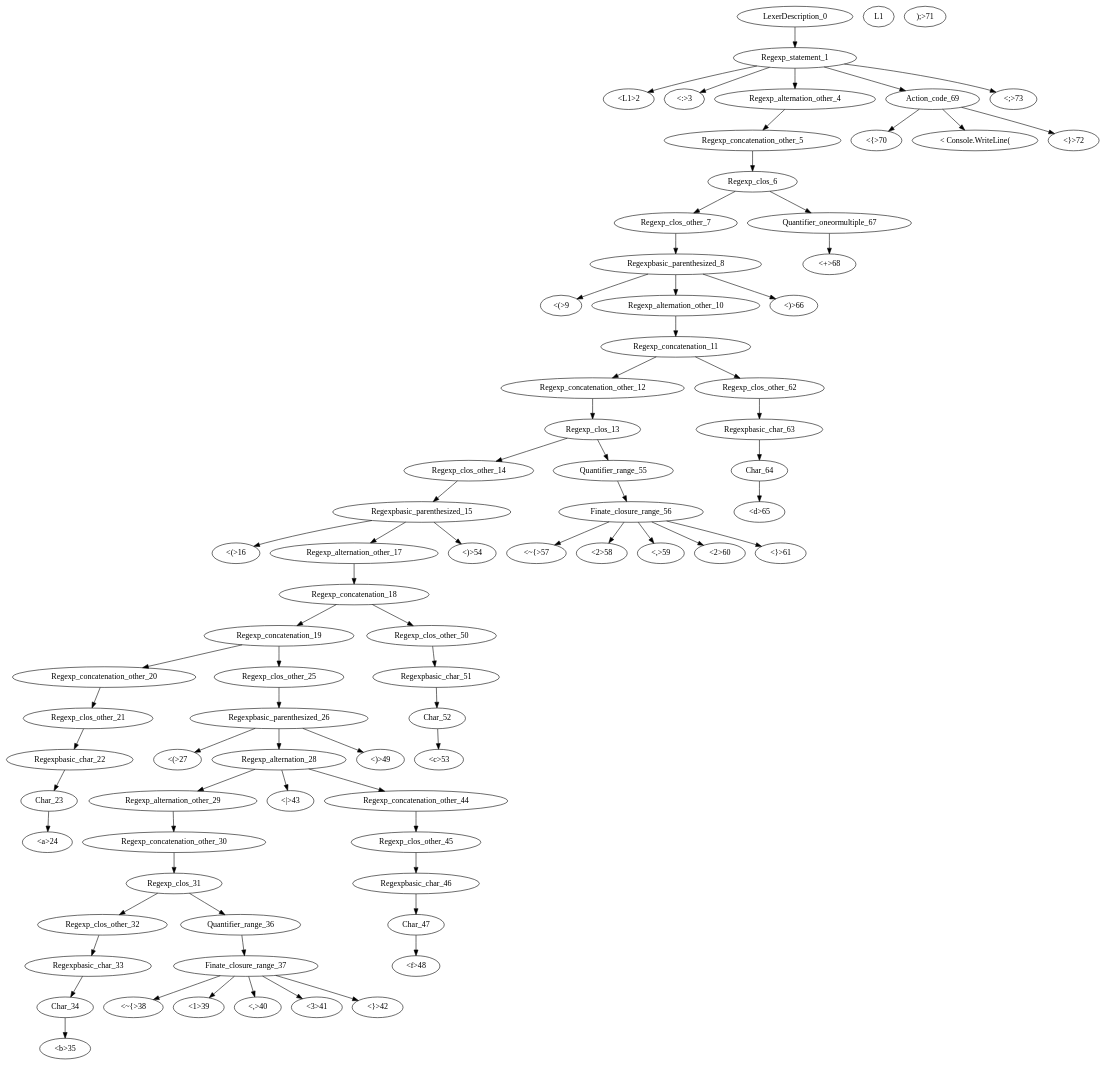
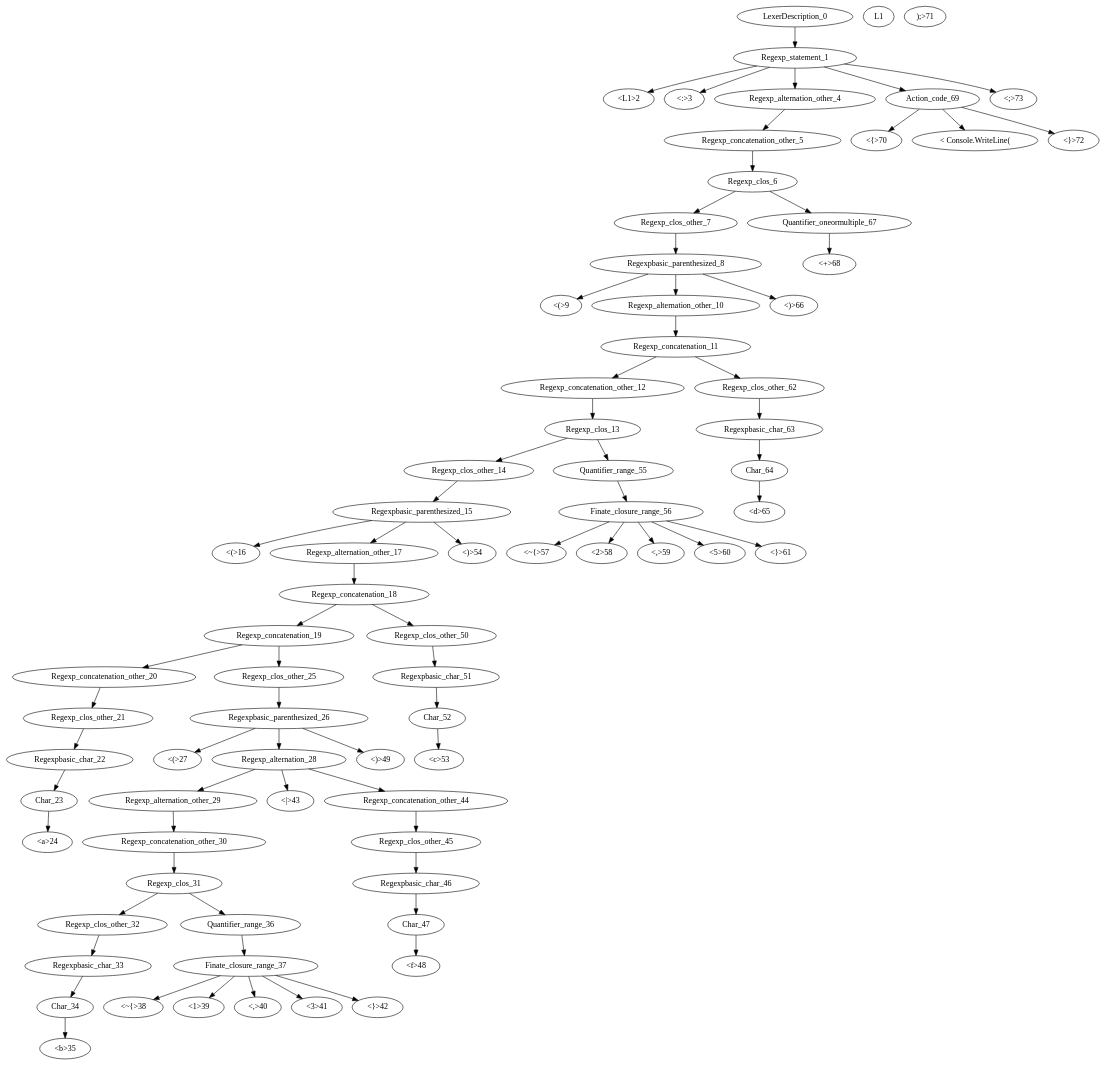
The diagram in DFASimulator/Testbench/test.dot (GDimitroulakos/EDUFLEX), drawn with Graphviz before and after one commit. The commit also changed 21 other files, not shown here.

```diff
--- a/DFASimulator/Testbench/test.dot
+++ b/DFASimulator/Testbench/test.dot
@@ -1,76 +1,76 @@
 digraph test{
 
 "LexerDescription_0"->"Regexp_statement_1";
 "Regexp_statement_1"->"<L1>2";
 "Regexp_statement_1"->"<:>3";
 "Regexp_statement_1"->"Regexp_alternation_other_4";
 "Regexp_alternation_other_4"->"Regexp_concatenation_other_5";
 "Regexp_concatenation_other_5"->"Regexp_clos_6";
 "Regexp_clos_6"->"Regexp_clos_other_7";
 "Regexp_clos_other_7"->"Regexpbasic_parenthesized_8";
 "Regexpbasic_parenthesized_8"->"<(>9";
 "Regexpbasic_parenthesized_8"->"Regexp_alternation_other_10";
 "Regexp_alternation_other_10"->"Regexp_concatenation_11";
 "Regexp_concatenation_11"->"Regexp_concatenation_other_12";
 "Regexp_concatenation_other_12"->"Regexp_clos_13";
 "Regexp_clos_13"->"Regexp_clos_other_14";
 "Regexp_clos_other_14"->"Regexpbasic_parenthesized_15";
 "Regexpbasic_parenthesized_15"->"<(>16";
 "Regexpbasic_parenthesized_15"->"Regexp_alternation_other_17";
 "Regexp_alternation_other_17"->"Regexp_concatenation_18";
 "Regexp_concatenation_18"->"Regexp_concatenation_19";
 "Regexp_concatenation_19"->"Regexp_concatenation_other_20";
 "Regexp_concatenation_other_20"->"Regexp_clos_other_21";
 "Regexp_clos_other_21"->"Regexpbasic_char_22";
 "Regexpbasic_char_22"->"Char_23";
 "Char_23"->"<a>24";
 "Regexp_concatenation_19"->"Regexp_clos_other_25";
 "Regexp_clos_other_25"->"Regexpbasic_parenthesized_26";
 "Regexpbasic_parenthesized_26"->"<(>27";
 "Regexpbasic_parenthesized_26"->"Regexp_alternation_28";
 "Regexp_alternation_28"->"Regexp_alternation_other_29";
 "Regexp_alternation_other_29"->"Regexp_concatenation_other_30";
 "Regexp_concatenation_other_30"->"Regexp_clos_31";
 "Regexp_clos_31"->"Regexp_clos_other_32";
 "Regexp_clos_other_32"->"Regexpbasic_char_33";
 "Regexpbasic_char_33"->"Char_34";
 "Char_34"->"<b>35";
 "Regexp_clos_31"->"Quantifier_range_36";
 "Quantifier_range_36"->"Finate_closure_range_37";
 "Finate_closure_range_37"->"<~{>38";
 "Finate_closure_range_37"->"<1>39";
 "Finate_closure_range_37"->"<,>40";
 "Finate_closure_range_37"->"<3>41";
 "Finate_closure_range_37"->"<}>42";
 "Regexp_alternation_28"->"<|>43";
 "Regexp_alternation_28"->"Regexp_concatenation_other_44";
 "Regexp_concatenation_other_44"->"Regexp_clos_other_45";
 "Regexp_clos_other_45"->"Regexpbasic_char_46";
 "Regexpbasic_char_46"->"Char_47";
 "Char_47"->"<f>48";
 "Regexpbasic_parenthesized_26"->"<)>49";
 "Regexp_concatenation_18"->"Regexp_clos_other_50";
 "Regexp_clos_other_50"->"Regexpbasic_char_51";
 "Regexpbasic_char_51"->"Char_52";
 "Char_52"->"<c>53";
 "Regexpbasic_parenthesized_15"->"<)>54";
 "Regexp_clos_13"->"Quantifier_range_55";
 "Quantifier_range_55"->"Finate_closure_range_56";
 "Finate_closure_range_56"->"<~{>57";
 "Finate_closure_range_56"->"<2>58";
 "Finate_closure_range_56"->"<,>59";
-"Finate_closure_range_56"->"<2>60";
+"Finate_closure_range_56"->"<5>60";
 "Finate_closure_range_56"->"<}>61";
 "Regexp_concatenation_11"->"Regexp_clos_other_62";
 "Regexp_clos_other_62"->"Regexpbasic_char_63";
 "Regexpbasic_char_63"->"Char_64";
 "Char_64"->"<d>65";
 "Regexpbasic_parenthesized_8"->"<)>66";
 "Regexp_clos_6"->"Quantifier_oneormultiple_67";
 "Quantifier_oneormultiple_67"->"<+>68";
 "Regexp_statement_1"->"Action_code_69";
 "Action_code_69"->"<{>70";
 "Action_code_69"->"< Console.WriteLine("L1");>71";
 "Action_code_69"->"<}>72";
 "Regexp_statement_1"->"<;>73";
 }
```
